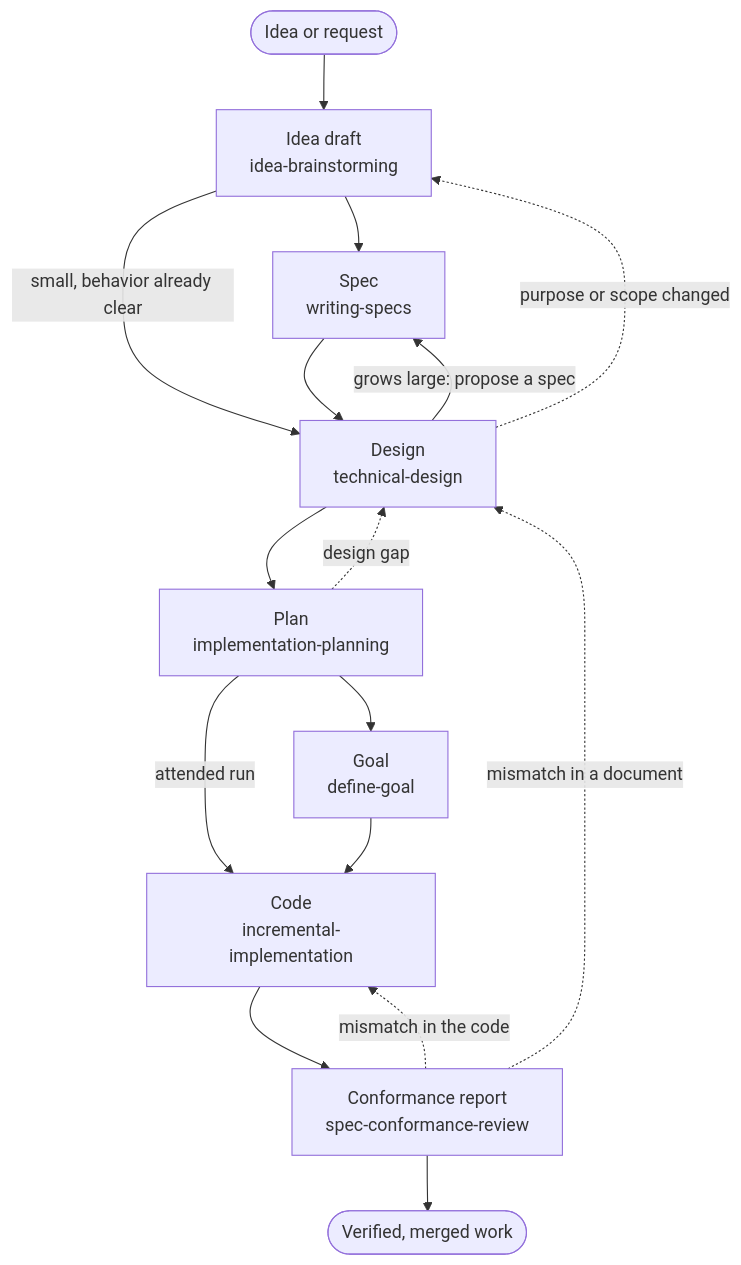
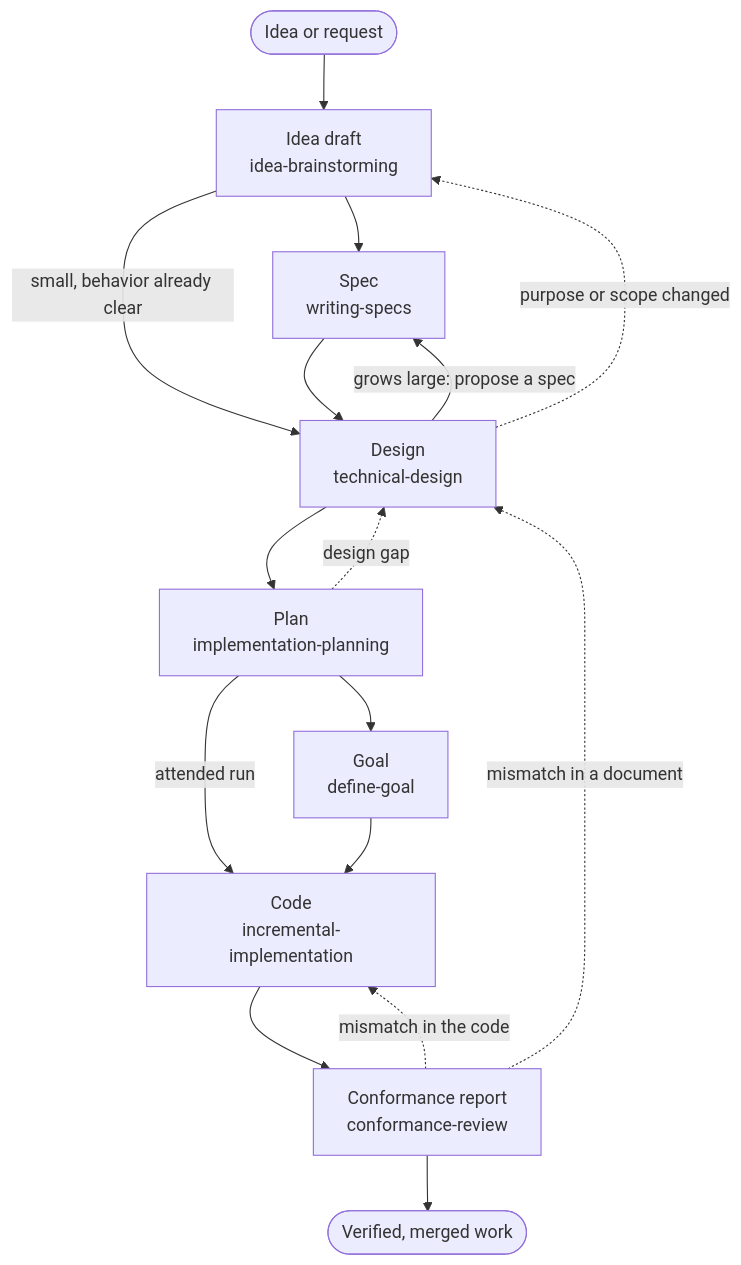
One commit to jonatsu/agent-skills changed the diagram in ENGINEERING-PIPELINE.md. Above: the diagram before and after it, drawn with Mermaid. The commit also changed other lines of this file and 14 other files, not shown here.

First line of the commit message:
refactor(conformance-review): rename from spec-conformance-review

````diff
--- a/ENGINEERING-PIPELINE.md
+++ b/ENGINEERING-PIPELINE.md
@@ -30,19 +30,19 @@
 ```mermaid
 flowchart TD
     idea([Idea or request]) --> draft[Idea draft<br/>idea-brainstorming]
     draft --> spec[Spec<br/>writing-specs]
     draft -->|small, behavior already clear| design
     spec --> design[Design<br/>technical-design]
     design -->|grows large: propose a spec| spec
     design --> plan[Plan<br/>implementation-planning]
     plan --> goal[Goal<br/>define-goal]
     plan -->|attended run| code
     goal --> code[Code<br/>incremental-implementation]
-    code --> report[Conformance report<br/>spec-conformance-review]
+    code --> report[Conformance report<br/>conformance-review]
     report --> done([Verified, merged work])
 
     report -.->|mismatch in the code| code
     report -.->|mismatch in a document| design
     plan -.->|design gap| design
     design -.->|purpose or scope changed| draft
 ```
````
